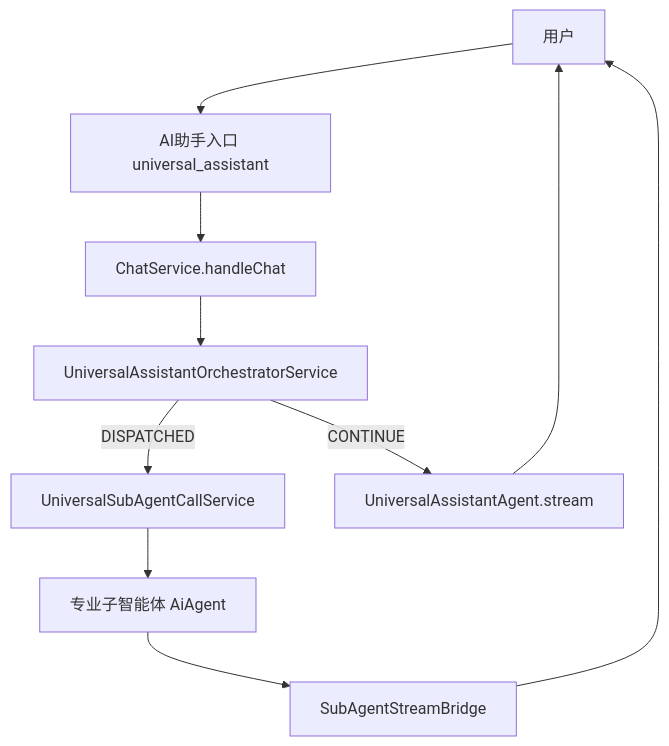
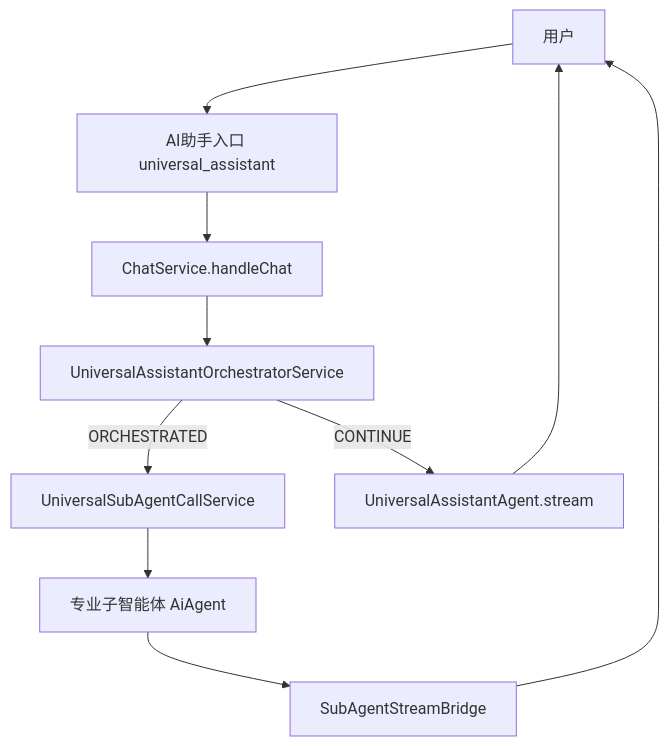
One commit to j2agent-ai/j2agent-docs changed the first of 3 diagrams in 平台/通用助手/README.md. Above: the diagram before and after it, drawn with Mermaid. The commit also changed other lines of this file and 7 other files, not shown here.

````diff
--- a/平台/通用助手/README.md
+++ b/平台/通用助手/README.md
@@ -22,12 +22,12 @@
 ```mermaid
 flowchart TB
   User[用户] --> Hub[AI助手入口 universal_assistant]
   Hub --> CS[ChatService.handleChat]
   CS --> Orch[UniversalAssistantOrchestratorService]
-  Orch -->|DISPATCHED| Call[UniversalSubAgentCallService]
+  Orch -->|ORCHESTRATED| Call[UniversalSubAgentCallService]
   Call --> SubAgent[专业子智能体 AiAgent]
   SubAgent --> Bridge[SubAgentStreamBridge]
   Bridge --> User
   Orch -->|CONTINUE| ReAct[UniversalAssistantAgent.stream]
   ReAct --> User
 ```
````
